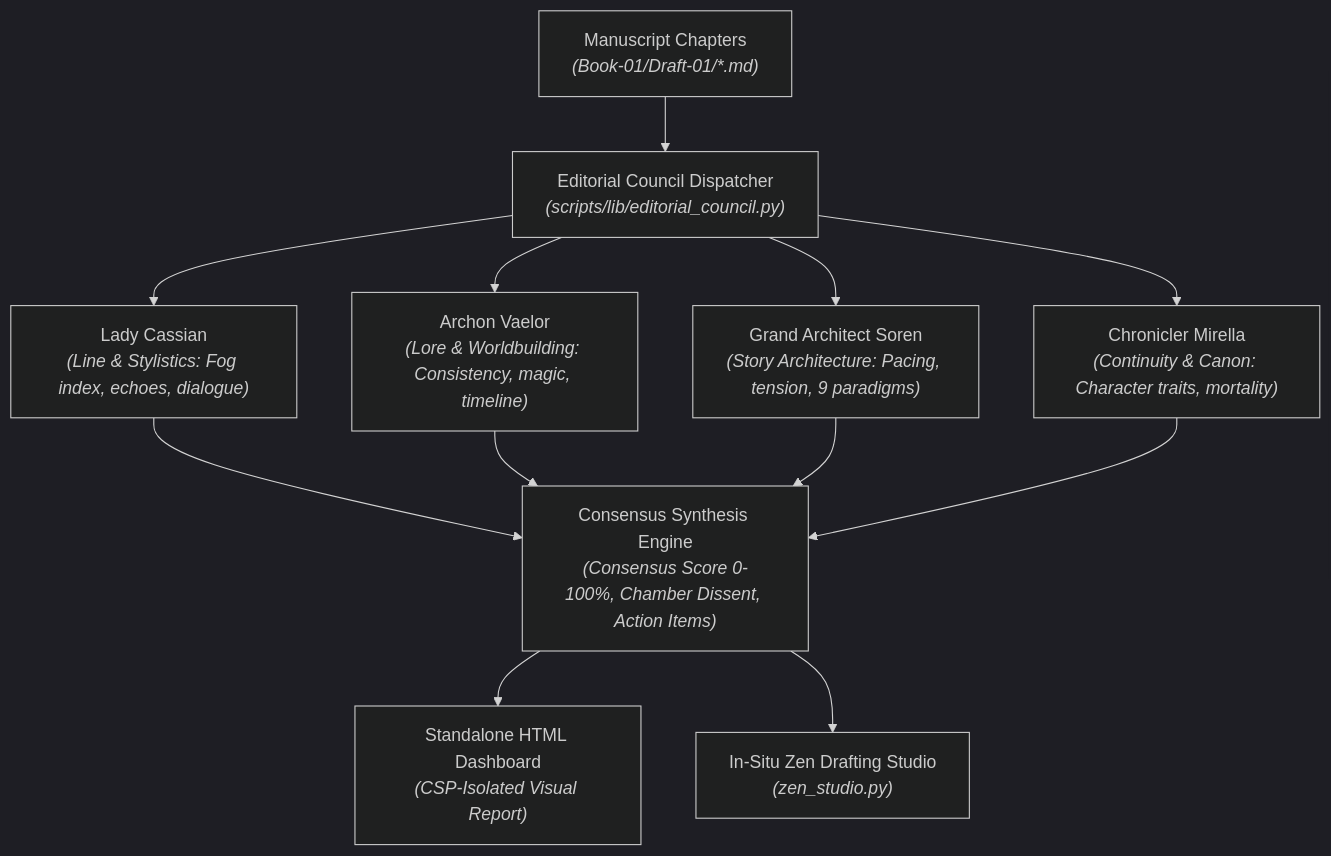
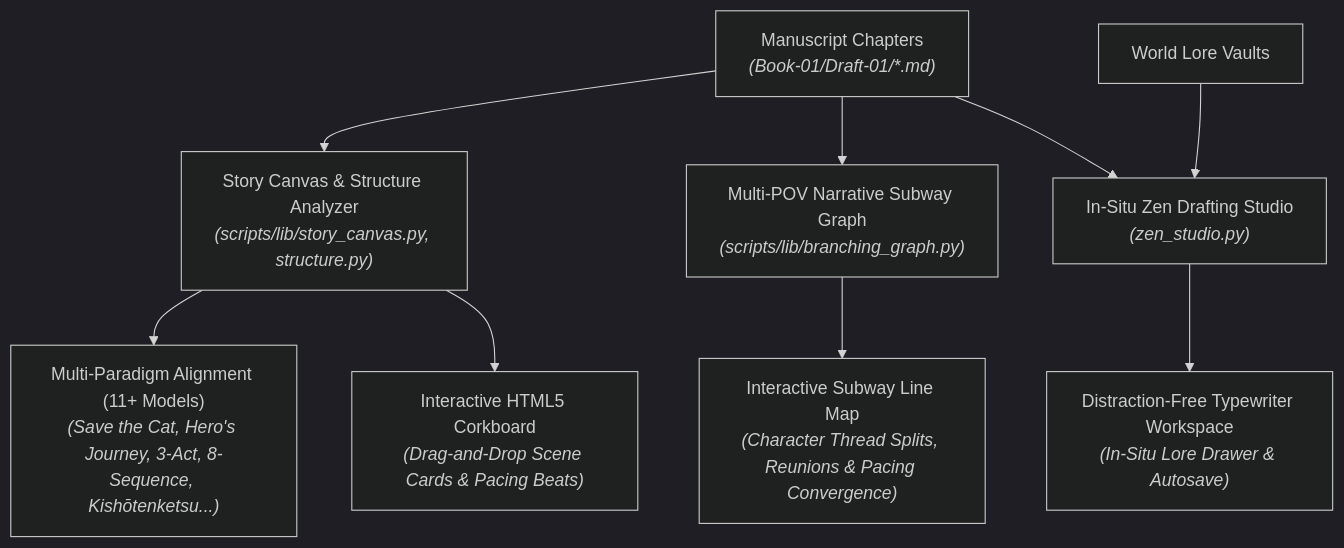
One commit to aryansinghnagar/Scriptorium changed the fifth of 6 diagrams in docs/ARCHITECTURE.md. Above: the diagram before and after it, drawn with Mermaid (dark theme). The commit also changed other lines of this file and 126 other files, not shown here.

````diff
--- a/docs/ARCHITECTURE.md
+++ b/docs/ARCHITECTURE.md
@@ -398,17 +397,15 @@
 ```mermaid
 flowchart TD
-    MS["Manuscript Chapters<br/><i>(Book-01/Draft-01/*.md)</i>"] --> COUNCIL["Editorial Council Dispatcher<br/><i>(scripts/lib/editorial_council.py)</i>"]
+    MS["Manuscript Chapters<br/><i>(Book-01/Draft-01/*.md)</i>"] --> CANVAS["Story Canvas & Structure Analyzer<br/><i>(scripts/lib/story_canvas.py, structure.py)</i>"]
     
-    COUNCIL --> CASSIAN["Lady Cassian<br/><i>(Line & Stylistics: Fog index, echoes, dialogue)</i>"]
-    COUNCIL --> VAELOR["Archon Vaelor<br/><i>(Lore & Worldbuilding: Consistency, magic, timeline)</i>"]
-    COUNCIL --> SOREN["Grand Architect Soren<br/><i>(Story Architecture: Pacing, tension, 9 paradigms)</i>"]
-    COUNCIL --> MIRELLA["Chronicler Mirella<br/><i>(Continuity & Canon: Character traits, mortality)</i>"]
+    CANVAS --> PARADIGMS["Multi-Paradigm Alignment (11+ Models)<br/><i>(Save the Cat, Hero's Journey, 3-Act, 8-Sequence, Kishōtenketsu...)</i>"]
+    CANVAS --> CORKBOARD["Interactive HTML5 Corkboard<br/><i>(Drag-and-Drop Scene Cards & Pacing Beats)</i>"]
     
-    CASSIAN --> SYNTH["Consensus Synthesis Engine<br/><i>(Consensus Score 0-100%, Chamber Dissent, Action Items)</i>"]
-    VAELOR --> SYNTH
-    SOREN --> SYNTH
-    MIRELLA --> SYNTH
+    MS --> SUBWAY["Multi-POV Narrative Subway Graph<br/><i>(scripts/lib/branching_graph.py)</i>"]
+    SUBWAY --> METRO["Interactive Subway Line Map<br/><i>(Character Thread Splits, Reunions & Pacing Convergence)</i>"]
     
-    SYNTH --> DASH["Standalone HTML Dashboard<br/><i>(CSP-Isolated Visual Report)</i>"]
-    SYNTH --> ZEN["In-Situ Zen Drafting Studio<br/><i>(zen_studio.py)</i>"]
+    MS --> ZEN["In-Situ Zen Drafting Studio<br/><i>(zen_studio.py)</i>"]
+    LORE["World Lore Vaults"] --> ZEN
+    
+    ZEN --> DRAFT_OUT["Distraction-Free Typewriter Workspace<br/><i>(In-Situ Lore Drawer & Autosave)</i>"]
 ```
````
